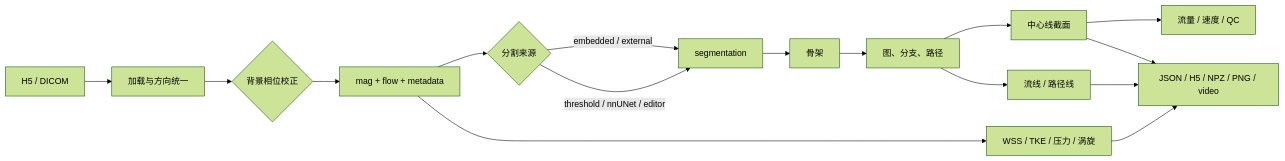
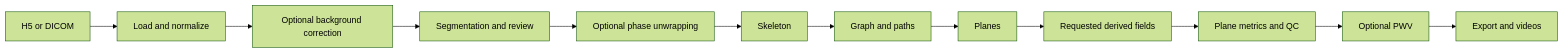
Before and after one commit to AssociatedPrimeIdeal/AutoFlow: the diagram in docs/en/features/index.md, drawn with Mermaid (forest theme). The commit also changed other lines of this file and 100 other files, not shown here.

````diff
--- a/docs/en/features/index.md
+++ b/docs/en/features/index.md
@@ -5,18 +5,14 @@
 ```mermaid
 flowchart LR
-    A[H5 / DICOM] --> B[加载与方向统一]
-    B --> C{背景相位校正}
-    C --> D[mag + flow + metadata]
-    D --> E{分割来源}
-    E -->|embedded / external| F[segmentation]
-    E -->|threshold / nnUNet / editor| F
-    F --> G[骨架]
-    G --> H[图、分支、路径]
-    H --> I[中心线截面]
-    I --> J[流量 / 速度 / QC]
-    D --> K[WSS / TKE / 压力 / 涡旋]
-    H --> L[流线 / 路径线]
-    I --> M[JSON / H5 / NPZ / PNG / video]
-    K --> M
-    L --> M
+    A[H5 or DICOM] --> B[Load and normalize]
+    B --> C[Optional background correction]
+    C --> D[Segmentation and review]
+    D --> E[Optional phase unwrapping]
+    E --> F[Skeleton]
+    F --> G[Graph and paths]
+    G --> H[Planes]
+    H --> I[Requested derived fields]
+    I --> J[Plane metrics and QC]
+    J --> K[Optional PWV]
+    K --> L[Export and videos]
 ```
````
